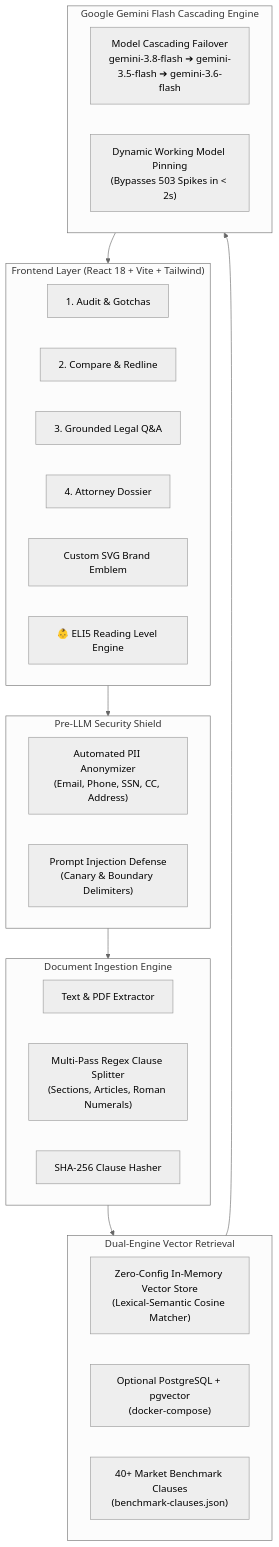
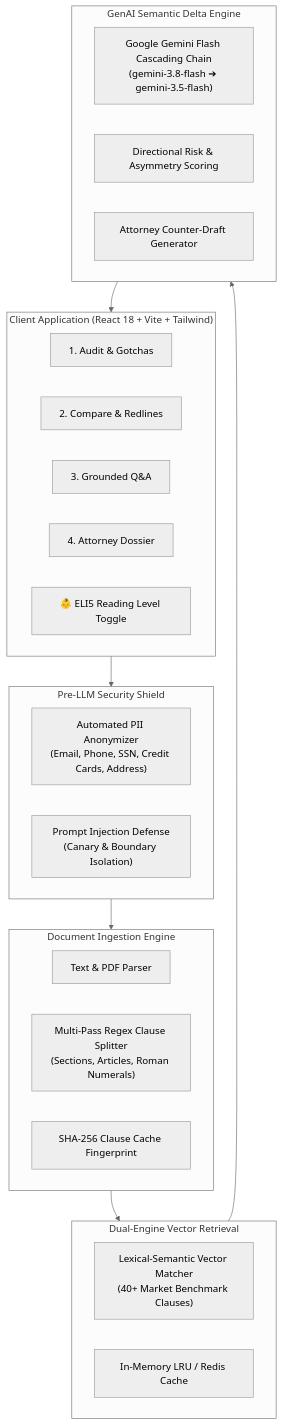
Before and after one commit to YashYS04/LexTrace.ai: the diagram in README.md, drawn with Mermaid (neutral theme). The commit also changed other lines of this file, not shown here.

Commit message:
docs: refine README to focus entirely on LexTrace AI product capabilities, architecture, and developer setup

````diff
--- a/README.md
+++ b/README.md
@@ -89,39 +70,38 @@
 ```mermaid
 flowchart TD
-    subgraph Client["Frontend Layer (React 18 + Vite + Tailwind)"]
-        UI1["1. Audit & Gotchas"]
-        UI2["2. Compare & Redline"]
-        UI3["3. Grounded Legal Q&A"]
-        UI4["4. Attorney Dossier"]
-        Logo["Custom SVG Brand Emblem"]
-        ELI5["👶 ELI5 Reading Level Engine"]
+    subgraph Client["Client Application (React 18 + Vite + Tailwind)"]
+        Tab1["1. Audit & Gotchas"]
+        Tab2["2. Compare & Redlines"]
+        Tab3["3. Grounded Q&A"]
+        Tab4["4. Attorney Dossier"]
+        ELI5["👶 ELI5 Reading Level Toggle"]
     end
 
     subgraph Security["Pre-LLM Security Shield"]
-        PII["Automated PII Anonymizer<br/>(Email, Phone, SSN, CC, Address)"]
-        INJ["Prompt Injection Defense<br/>(Canary & Boundary Delimiters)"]
+        PII["Automated PII Anonymizer<br/>(Email, Phone, SSN, Credit Cards, Address)"]
+        INJ["Prompt Injection Defense<br/>(Canary & Boundary Isolation)"]
     end
 
     subgraph Ingestion["Document Ingestion Engine"]
-        EXT["Text & PDF Extractor"]
+        EXT["Text & PDF Parser"]
         SPLIT["Multi-Pass Regex Clause Splitter<br/>(Sections, Articles, Roman Numerals)"]
-        HASH["SHA-256 Clause Hasher"]
+        HASH["SHA-256 Clause Cache Fingerprint"]
     end
 
-    subgraph Storage["Dual-Engine Vector Retrieval"]
-        MEM["Zero-Config In-Memory Vector Store<br/>(Lexical-Semantic Cosine Matcher)"]
-        PG["Optional PostgreSQL + pgvector<br/>(docker-compose)"]
-        BENCH["40+ Market Benchmark Clauses<br/>(benchmark-clauses.json)"]
+    subgraph Retrieval["Dual-Engine Vector Retrieval"]
+        STORE["Lexical-Semantic Vector Matcher<br/>(40+ Market Benchmark Clauses)"]
+        CACHE["In-Memory LRU / Redis Cache"]
     end
 
-    subgraph GenAI["Google Gemini Flash Cascading Engine"]
-        CASCADE["Model Cascading Failover<br/>gemini-3.8-flash ➔ gemini-3.5-flash ➔ gemini-3.6-flash"]
-        PIN["Dynamic Working Model Pinning<br/>(Bypasses 503 Spikes in < 2s)"]
+    subgraph GenAI["GenAI Semantic Delta Engine"]
+        LLM["Google Gemini Flash Cascading Chain<br/>(gemini-3.8-flash ➔ gemini-3.5-flash)"]
+        DELTA["Directional Risk & Asymmetry Scoring"]
+        DRAFT["Attorney Counter-Draft Generator"]
     end
 
     Client --> Security
     Security --> Ingestion
-    Ingestion --> Storage
-    Storage --> GenAI
+    Ingestion --> Retrieval
+    Retrieval --> GenAI
     GenAI --> Client
 ```
````
